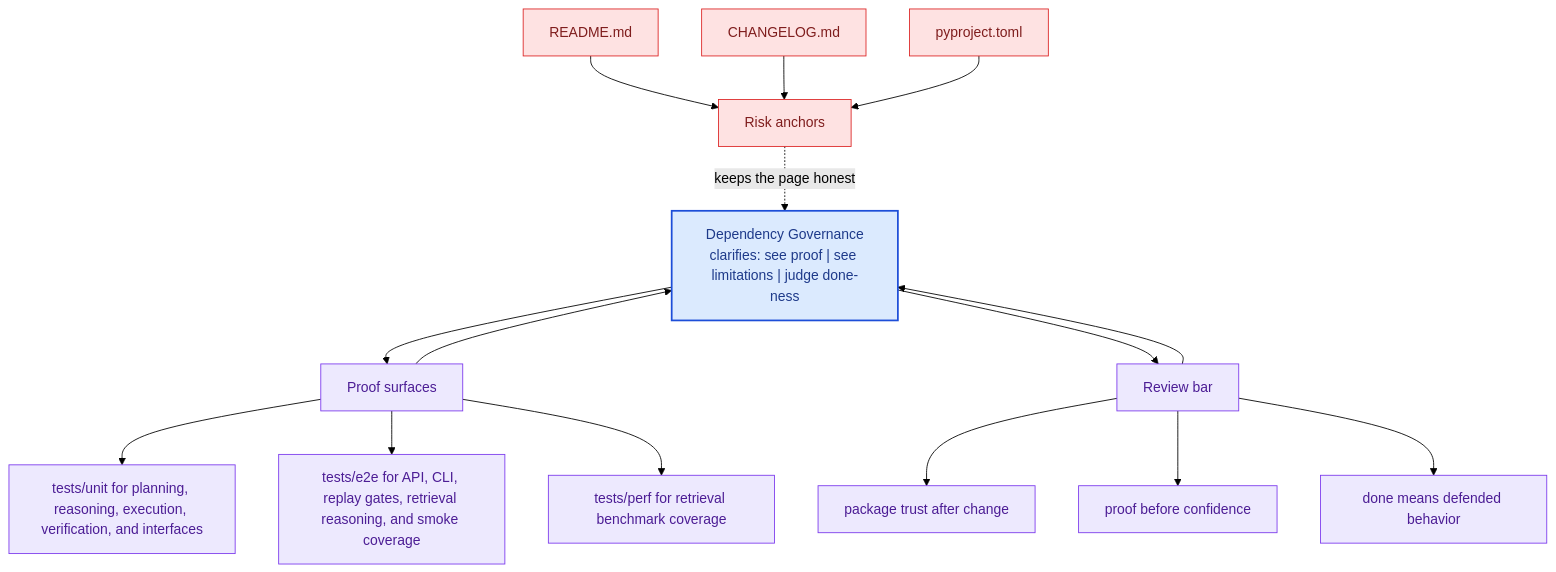
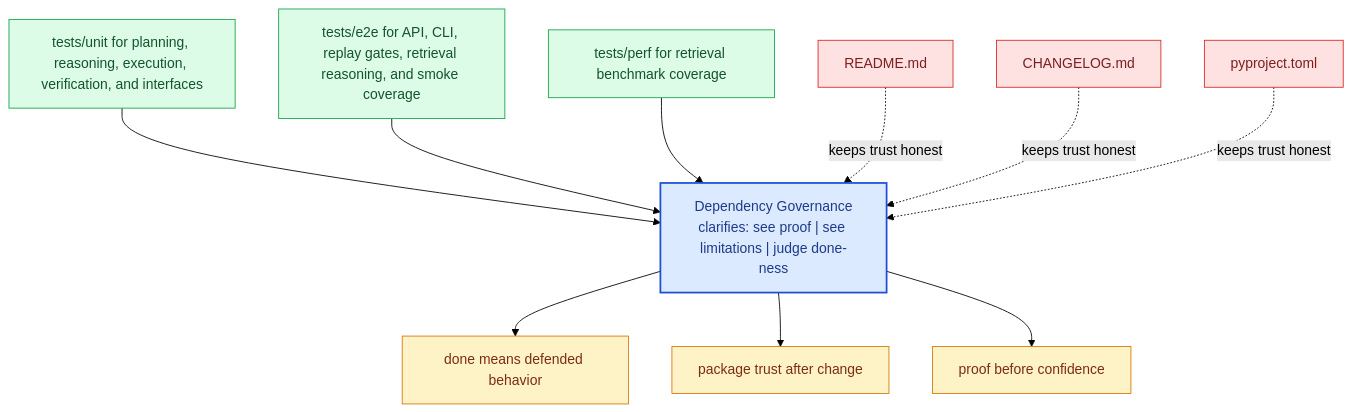
The diagram in docs/bijux-canon-reason/quality/dependency-governance.md (bijux/bijux-canon), drawn with Mermaid (forest theme) before and after one commit. The commit also changed other lines of this file and 281 other files, not shown here.

Commit message:
docs(diagrams): replace repeated mermaid scaffolds with page-specific summaries

````diff
--- a/docs/bijux-canon-reason/quality/dependency-governance.md
+++ b/docs/bijux-canon-reason/quality/dependency-governance.md
@@ -68,41 +23,31 @@
 ```mermaid
 flowchart TB
-    promise["Dependency Governance<br/>clarifies: see proof | see limitations | judge done-ness"]
-    classDef promise fill:#dbeafe,stroke:#1d4ed8,color:#1e3a8a,stroke-width:2px;
-    classDef driver fill:#dcfce7,stroke:#16a34a,color:#14532d;
-    classDef constraint fill:#fee2e2,stroke:#dc2626,color:#7f1d1d;
-    classDef ground fill:#ede9fe,stroke:#7c3aed,color:#4c1d95;
-    focus1["Proof surfaces"]
-    focus1 --> promise
-    promise --> focus1
-    focus1_1["tests/unit for planning, reasoning, execution, verification, and interfaces"]
-    focus1 --> focus1_1
-    focus1_2["tests/e2e for API, CLI, replay gates, retrieval reasoning, and smoke coverage"]
-    focus1 --> focus1_2
-    focus1_3["tests/perf for retrieval benchmark coverage"]
-    focus1 --> focus1_3
-    class focus1 ground;
-    class focus1_1,focus1_2,focus1_3 ground;
-    focus2["Risk anchors"]
-    focus2 -.keeps the page honest.-> promise
-    focus2_1["README.md"]
-    focus2_1 --> focus2
-    focus2_2["CHANGELOG.md"]
-    focus2_2 --> focus2
-    focus2_3["pyproject.toml"]
-    focus2_3 --> focus2
-    class focus2 constraint;
-    class focus2_1,focus2_2,focus2_3 constraint;
-    focus3["Review bar"]
-    focus3 --> promise
-    promise --> focus3
-    focus3_1["package trust after change"]
-    focus3 --> focus3_1
-    focus3_2["proof before confidence"]
-    focus3 --> focus3_2
-    focus3_3["done means defended behavior"]
-    focus3 --> focus3_3
-    class focus3 ground;
-    class focus3_1,focus3_2,focus3_3 ground;
-    class promise promise;
+    page["Dependency Governance<br/>clarifies: see proof | see limitations | judge done-ness"]
+    classDef page fill:#dbeafe,stroke:#1d4ed8,color:#1e3a8a,stroke-width:2px;
+    classDef positive fill:#dcfce7,stroke:#16a34a,color:#14532d;
+    classDef caution fill:#fee2e2,stroke:#dc2626,color:#7f1d1d;
+    classDef anchor fill:#ede9fe,stroke:#7c3aed,color:#4c1d95;
+    classDef action fill:#fef3c7,stroke:#d97706,color:#7c2d12;
+    proof1["tests/unit for planning, reasoning, execution, verification, and interfaces"]
+    proof1 --> page
+    proof2["tests/e2e for API, CLI, replay gates, retrieval reasoning, and smoke coverage"]
+    proof2 --> page
+    proof3["tests/perf for retrieval benchmark coverage"]
+    proof3 --> page
+    risk1["README.md"]
+    risk1 -.keeps trust honest.-> page
+    risk2["CHANGELOG.md"]
+    risk2 -.keeps trust honest.-> page
+    risk3["pyproject.toml"]
+    risk3 -.keeps trust honest.-> page
+    bar1["done means defended behavior"]
+    page --> bar1
+    bar2["package trust after change"]
+    page --> bar2
+    bar3["proof before confidence"]
+    page --> bar3
+    class page page;
+    class proof1,proof2,proof3 positive;
+    class risk1,risk2,risk3 caution;
+    class bar1,bar2,bar3 action;
 ```
````
